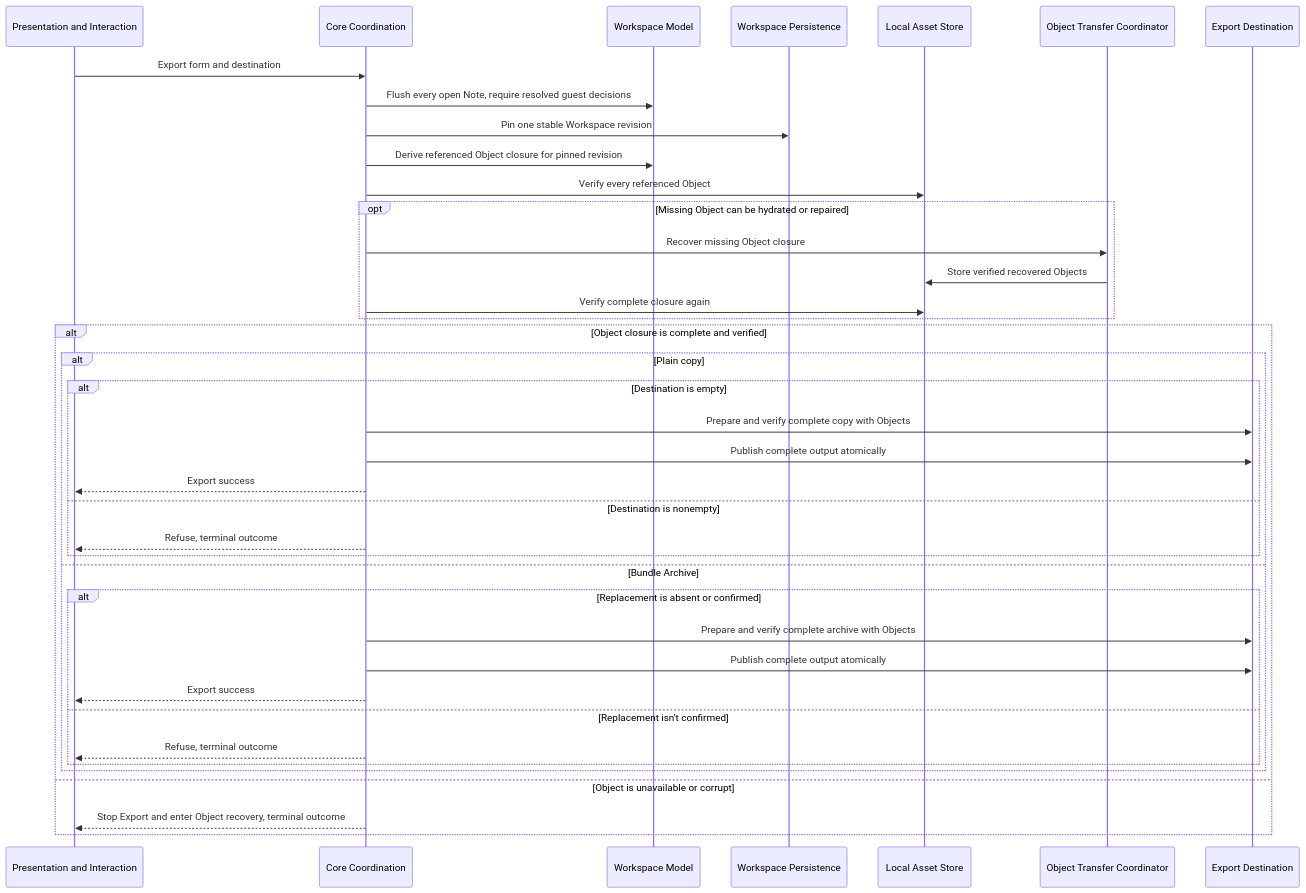
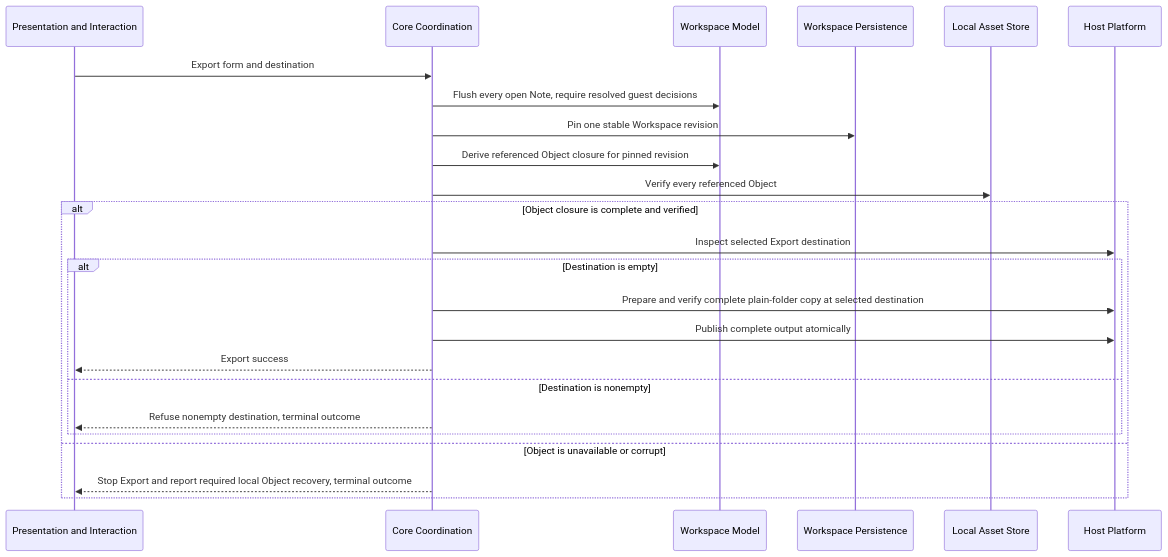
One commit to SkrOYC/burlmd changed the diagram in .constitution/architecture/flows/flow-export.md. Above: the diagram before and after it, drawn with Mermaid. The commit also changed other lines of this file and 85 other files, not shown here.

First line of the commit message:
docs: align constitution layers with private Linux-first roadmap

````diff
--- a/.constitution/architecture/flows/flow-export.md
+++ b/.constitution/architecture/flows/flow-export.md
@@ -13,42 +13,27 @@
 ```mermaid
 sequenceDiagram
     participant UI as Presentation and Interaction
     participant Core as Core Coordination
     participant Workspace as Workspace Model
     participant Persist as Workspace Persistence
     participant LocalAssets as Local Asset Store
-    participant ObjectTransfer as Object Transfer Coordinator
-    participant Destination as Export Destination
+    participant Host as Host Platform
 
     UI->>Core: Export form and destination
     Core->>Workspace: Flush every open Note, require resolved guest decisions
     Core->>Persist: Pin one stable Workspace revision
     Core->>Workspace: Derive referenced Object closure for pinned revision
     Core->>LocalAssets: Verify every referenced Object
-    opt Missing Object can be hydrated or repaired
-        Core->>ObjectTransfer: Recover missing Object closure
-        ObjectTransfer->>LocalAssets: Store verified recovered Objects
-        Core->>LocalAssets: Verify complete closure again
-    end
     alt Object closure is complete and verified
-        alt Plain copy
-            alt Destination is empty
-                Core->>Destination: Prepare and verify complete copy with Objects
-                Core->>Destination: Publish complete output atomically
-                Core-->>UI: Export success
-            else Destination is nonempty
-                Core-->>UI: Refuse, terminal outcome
-            end
-        else Bundle Archive
-            alt Replacement is absent or confirmed
-                Core->>Destination: Prepare and verify complete archive with Objects
-                Core->>Destination: Publish complete output atomically
-                Core-->>UI: Export success
-            else Replacement isn't confirmed
-                Core-->>UI: Refuse, terminal outcome
-            end
+        Core->>Host: Inspect selected Export destination
+        alt Destination is empty
+            Core->>Host: Prepare and verify complete plain-folder copy at selected destination
+            Core->>Host: Publish complete output atomically
+            Core-->>UI: Export success
+        else Destination is nonempty
+            Core-->>UI: Refuse nonempty destination, terminal outcome
         end
     else Object is unavailable or corrupt
-        Core-->>UI: Stop Export and enter Object recovery, terminal outcome
+        Core-->>UI: Stop Export and report required local Object recovery, terminal outcome
     end
 ```
````
